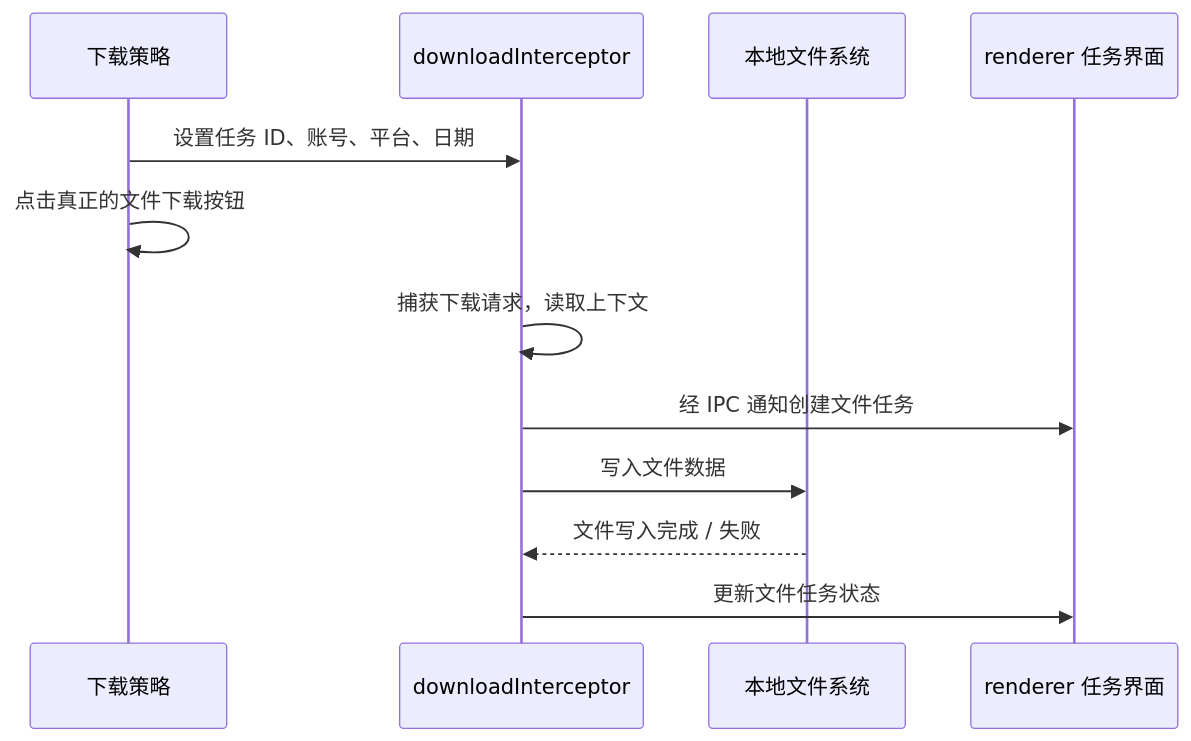
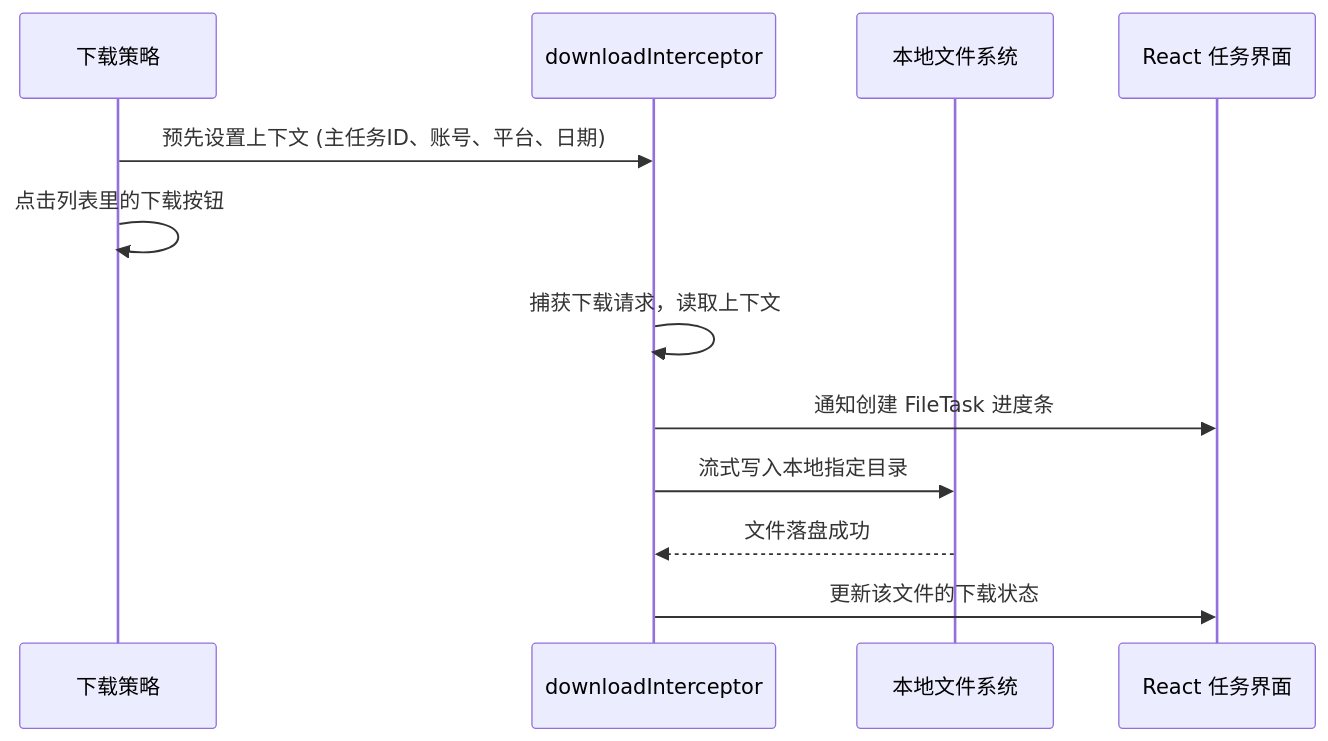
The ninth of 13 diagrams in source/_posts/2025-09-14-electron-tiangong.md (yyxTheOracle/MyBlog), drawn with Mermaid before and after one commit. The commit also changed other lines of this file, not shown here.

````diff
--- a/source/_posts/2025-09-14-electron-tiangong.md
+++ b/source/_posts/2025-09-14-electron-tiangong.md
@@ -445,14 +351,14 @@
 ```mermaid
 sequenceDiagram
     participant P as 下载策略
     participant D as downloadInterceptor
     participant F as 本地文件系统
-    participant U as renderer 任务界面
-    P->>D: 设置任务 ID、账号、平台、日期
-    P->>P: 点击真正的文件下载按钮
+    participant U as React 任务界面
+    P->>D: 预先设置上下文 (主任务ID、账号、平台、日期)
+    P->>P: 点击列表里的下载按钮
     D->>D: 捕获下载请求，读取上下文
-    D->>U: 经 IPC 通知创建文件任务
-    D->>F: 写入文件数据
-    F-->>D: 文件写入完成 / 失败
-    D->>U: 更新文件任务状态
+    D->>U: 通知创建 FileTask 进度条
+    D->>F: 流式写入本地指定目录
+    F-->>D: 文件落盘成功
+    D->>U: 更新该文件的下载状态
 ```
````
